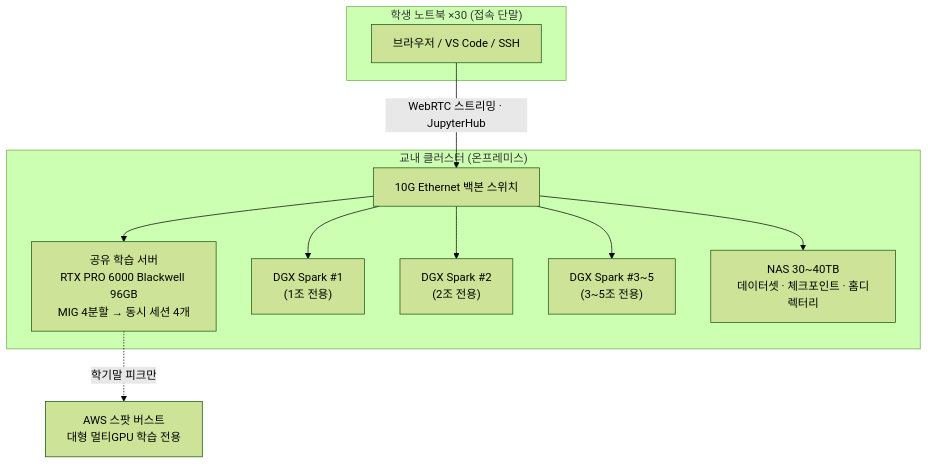
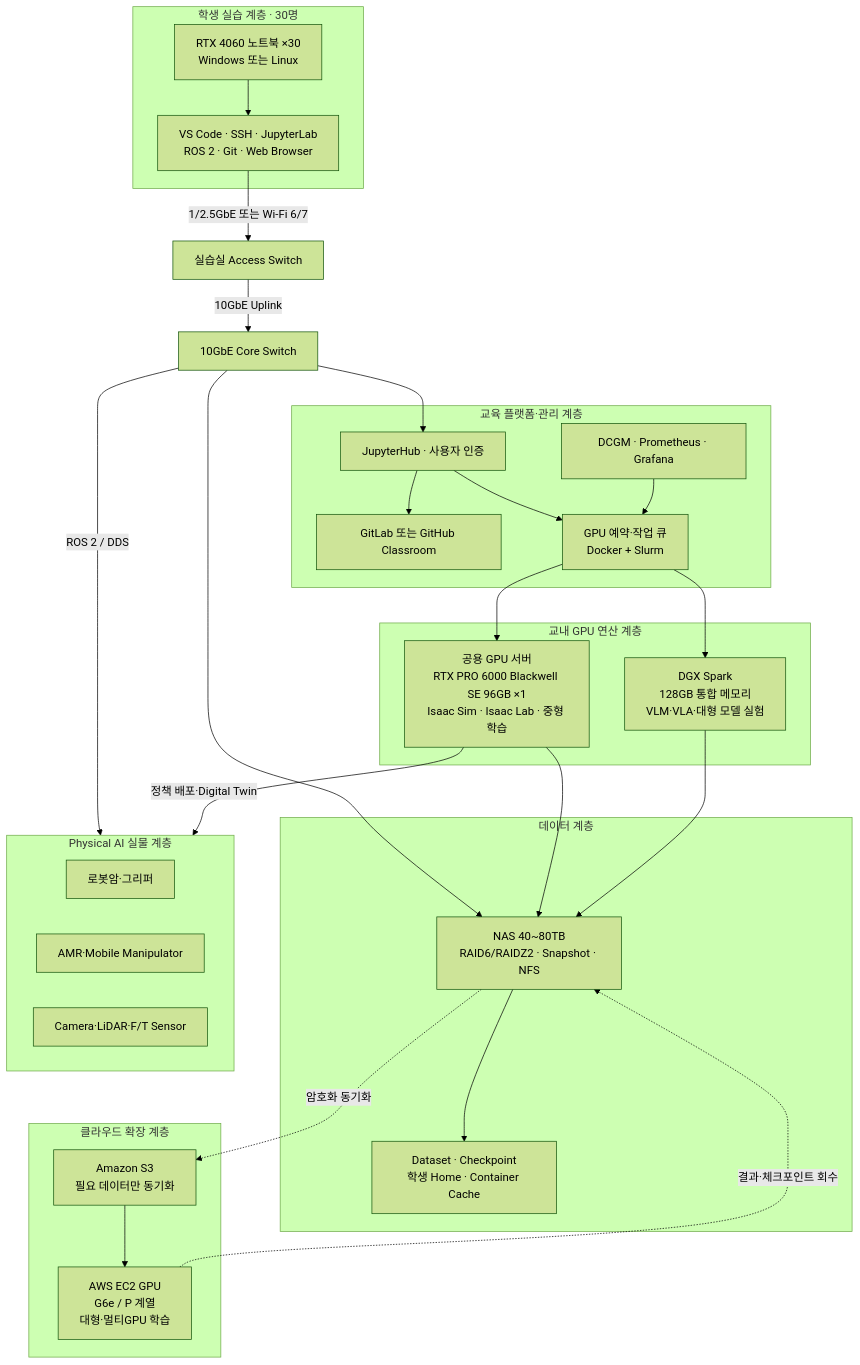
The first of 3 diagrams in homepage-src/docs/projects/hsu-pac.md (parclab-hsu/parclab-hsu.github.io), drawn with Mermaid (forest theme) before and after one commit. The commit also changed other lines of this file and 4 other files, not shown here.

````diff
--- a/homepage-src/docs/projects/hsu-pac.md
+++ b/homepage-src/docs/projects/hsu-pac.md
@@ -34,15 +48,59 @@
 ```mermaid
 flowchart TB
-    subgraph CLIENT["학생 노트북 ×30 (접속 단말)"]
-        NB["브라우저 / VS Code / SSH"]
+    subgraph STUDENT["학생 실습 계층 · 30명"]
+        NB["RTX 4060 노트북 ×30<br/>Windows 또는 Linux"]
+        DEV["VS Code · SSH · JupyterLab<br/>ROS 2 · Git · Web Browser"]
+        NB --> DEV
     end
-    NB -->|"WebRTC 스트리밍 · JupyterHub"| SW["10G Ethernet 백본 스위치"]
-    subgraph ONPREM["교내 클러스터 (온프레미스)"]
-        SW --> SRV["공유 학습 서버<br/>RTX PRO 6000 Blackwell 96GB<br/>MIG 4분할 → 동시 세션 4개"]
-        SW --> S1["DGX Spark #1<br/>(1조 전용)"]
-        SW --> S2["DGX Spark #2<br/>(2조 전용)"]
-        SW --> S3["DGX Spark #3~5<br/>(3~5조 전용)"]
-        SW --> NAS["NAS 30~40TB<br/>데이터셋 · 체크포인트 · 홈디렉터리"]
+
+    DEV -->|"1/2.5GbE 또는 Wi-Fi 6/7"| ACCESS["실습실 Access Switch"]
+    ACCESS -->|"10GbE Uplink"| CORE["10GbE Core Switch"]
+
+    subgraph PLATFORM["교육 플랫폼·관리 계층"]
+        HUB["JupyterHub · 사용자 인증"]
+        GIT["GitLab 또는 GitHub Classroom"]
+        QUEUE["GPU 예약·작업 큐<br/>Docker + Slurm"]
+        MON["DCGM · Prometheus · Grafana"]
     end
-    SRV -.->|"학기말 피크만"| AWS["AWS 스팟 버스트<br/>대형 멀티GPU 학습 전용"]
+
+    CORE --> HUB
+    HUB --> QUEUE
+    HUB --> GIT
+    MON --> QUEUE
+
+    subgraph COMPUTE["교내 GPU 연산 계층"]
+        RTX["공용 GPU 서버<br/>RTX PRO 6000 Blackwell SE 96GB ×1<br/>Isaac Sim · Isaac Lab · 중형 학습"]
+        SPARK["DGX Spark<br/>128GB 통합 메모리<br/>VLM·VLA·대형 모델 실험"]
+    end
+
+    QUEUE --> RTX
+    QUEUE --> SPARK
+
+    subgraph STORAGE["데이터 계층"]
+        NAS["NAS 40~80TB<br/>RAID6/RAIDZ2 · Snapshot · NFS"]
+        DATA["Dataset · Checkpoint<br/>학생 Home · Container Cache"]
+        NAS --> DATA
+    end
+
+    CORE --> NAS
+    RTX --> NAS
+    SPARK --> NAS
+
+    subgraph CLOUD["클라우드 확장 계층"]
+        S3["Amazon S3<br/>필요 데이터만 동기화"]
+        AWS["AWS EC2 GPU<br/>G6e / P 계열<br/>대형·멀티GPU 학습"]
+    end
+
+    NAS -.->|"암호화 동기화"| S3
+    S3 --> AWS
+    AWS -.->|"결과·체크포인트 회수"| NAS
+
+    subgraph ROBOT["Physical AI 실물 계층"]
+        ARM["로봇암·그리퍼"]
+        MOBILE["AMR·Mobile Manipulator"]
+        SENSOR["Camera·LiDAR·F/T Sensor"]
+    end
+
+    CORE -->|"ROS 2 / DDS"| ROBOT
+    RTX -->|"정책 배포·Digital Twin"| ROBOT
 ```
````
